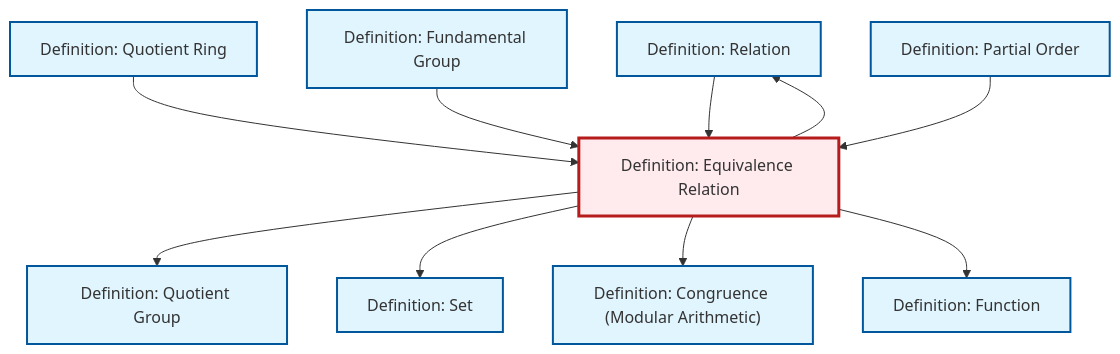
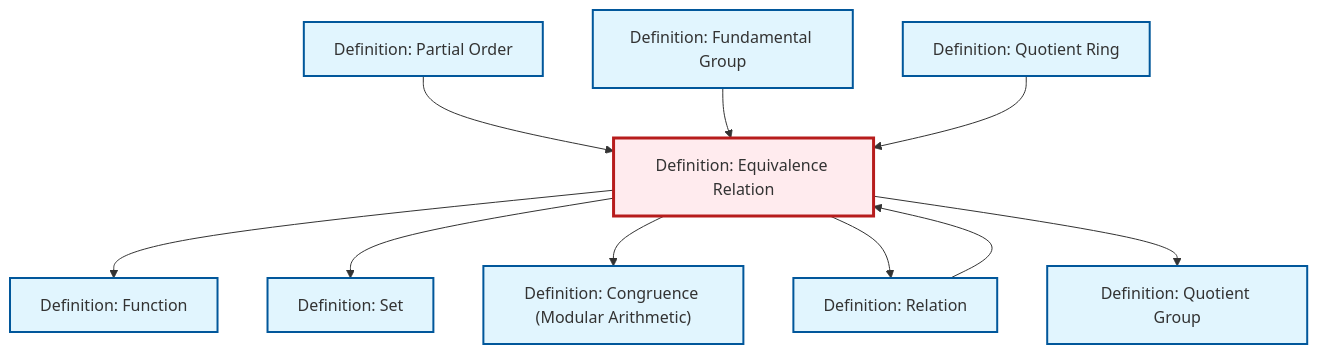
The diagram in output/mermaid/en/def-equivalence-relation.mermaid (RK0429/ModernMath), drawn with Mermaid before and after one commit. The commit also changed other lines of this file and 321 other files, not shown here.

```diff
--- a/output/mermaid/en/def-equivalence-relation.mermaid
+++ b/output/mermaid/en/def-equivalence-relation.mermaid
@@ -1,26 +1,26 @@
 %%| fig-cap: "Local dependency graph"
 graph TD
     classDef definition fill:#e1f5fe,stroke:#01579b,stroke-width:2px
     classDef theorem fill:#f3e5f5,stroke:#4a148c,stroke-width:2px
     classDef axiom fill:#fff3e0,stroke:#e65100,stroke-width:2px
     classDef example fill:#e8f5e9,stroke:#1b5e20,stroke-width:2px
     classDef current fill:#ffebee,stroke:#b71c1c,stroke-width:3px
     def-congruence["Definition: Congruence (Modular Arithmetic)"]:::definition
-    def-quotient-group["Definition: Quotient Group"]:::definition
-    def-relation["Definition: Relation"]:::definition
     def-function["Definition: Function"]:::definition
-    def-equivalence-relation["Definition: Equivalence Relation"]:::definition
-    def-set["Definition: Set"]:::definition
-    def-quotient-ring["Definition: Quotient Ring"]:::definition
     def-partial-order["Definition: Partial Order"]:::definition
     def-fundamental-group["Definition: Fundamental Group"]:::definition
+    def-set["Definition: Set"]:::definition
+    def-relation["Definition: Relation"]:::definition
+    def-equivalence-relation["Definition: Equivalence Relation"]:::definition
+    def-quotient-ring["Definition: Quotient Ring"]:::definition
+    def-quotient-group["Definition: Quotient Group"]:::definition
+    def-equivalence-relation --> def-function
+    def-partial-order --> def-equivalence-relation
+    def-equivalence-relation --> def-set
+    def-fundamental-group --> def-equivalence-relation
     def-quotient-ring --> def-equivalence-relation
+    def-equivalence-relation --> def-congruence
+    def-equivalence-relation --> def-relation
     def-equivalence-relation --> def-quotient-group
-    def-equivalence-relation --> def-set
-    def-equivalence-relation --> def-relation
     def-relation --> def-equivalence-relation
-    def-equivalence-relation --> def-congruence
-    def-equivalence-relation --> def-function
-    def-fundamental-group --> def-equivalence-relation
-    def-partial-order --> def-equivalence-relation
     class def-equivalence-relation current
```
